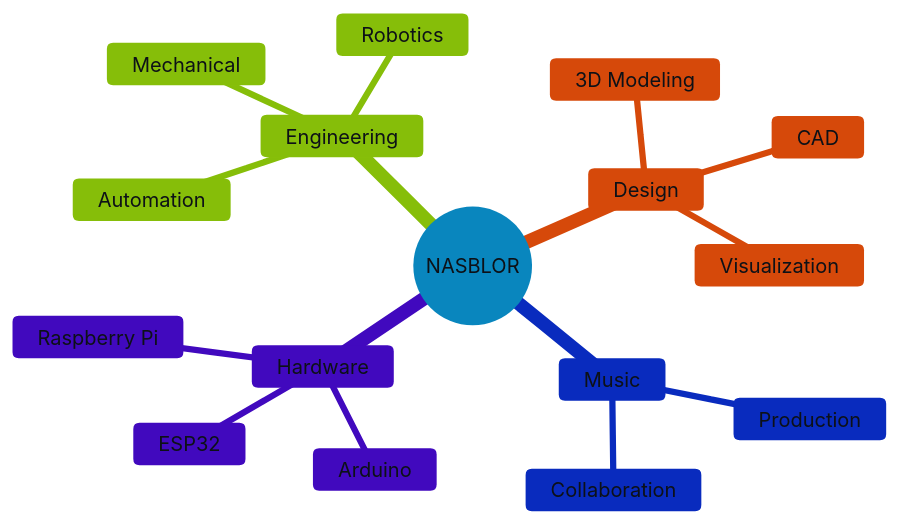
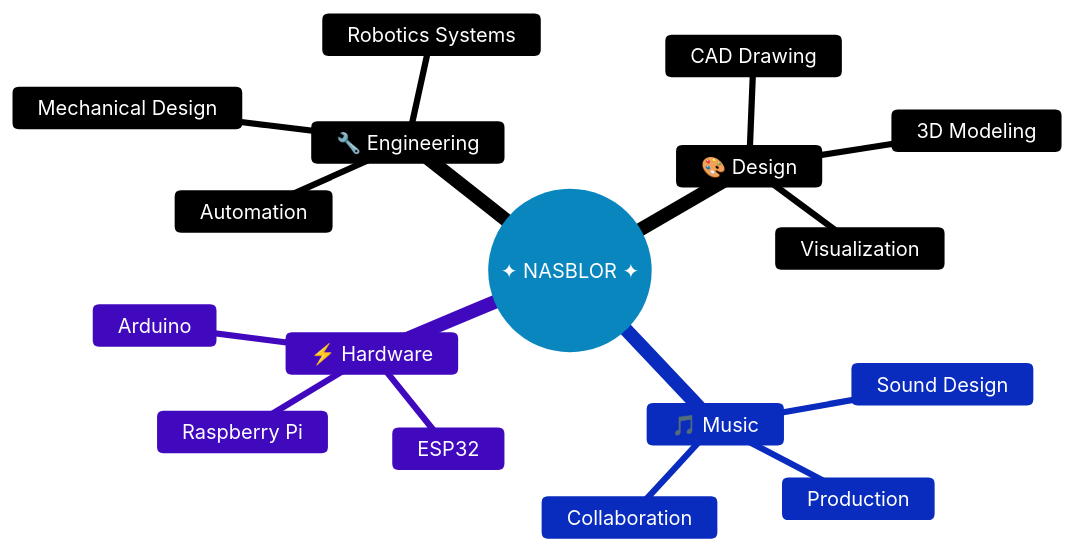
Before and after one commit to nasblor/nasblor: the first of 3 diagrams in readme.md, drawn with Mermaid. The commit also changed other lines of this file, not shown here.

````diff
--- a/readme.md
+++ b/readme.md
@@ -9,20 +5,21 @@
 ```mermaid
-%%{init: {'theme': 'base', 'themeVariables': { 'primaryColor': '#4FC3F7', 'primaryTextColor': '#0D1117'}}}%%
+%%{init: {'theme': 'base', 'themeVariables': { 'primaryColor': '#4FC3F7', 'primaryTextColor': '#ffffff', 'primaryBorderColor': '#4FC3F7', 'lineColor': '#4FC3F7', 'secondaryColor': '#1a1a2e', 'tertiaryColor': '#0D1117'}}}%%
 mindmap
-  root((NASBLOR))
-    Engineering
-      Mechanical
-      Robotics
+  root((✦ NASBLOR ✦))
+    🔧 Engineering
+      Mechanical Design
+      Robotics Systems
       Automation
-    Design
+    🎨 Design
       3D Modeling
-      CAD
+      CAD Drawing
       Visualization
-    Music
+    🎵 Music
       Production
       Collaboration
-    Hardware
+      Sound Design
+    ⚡ Hardware
       Arduino
       ESP32
       Raspberry Pi
 ```
````
